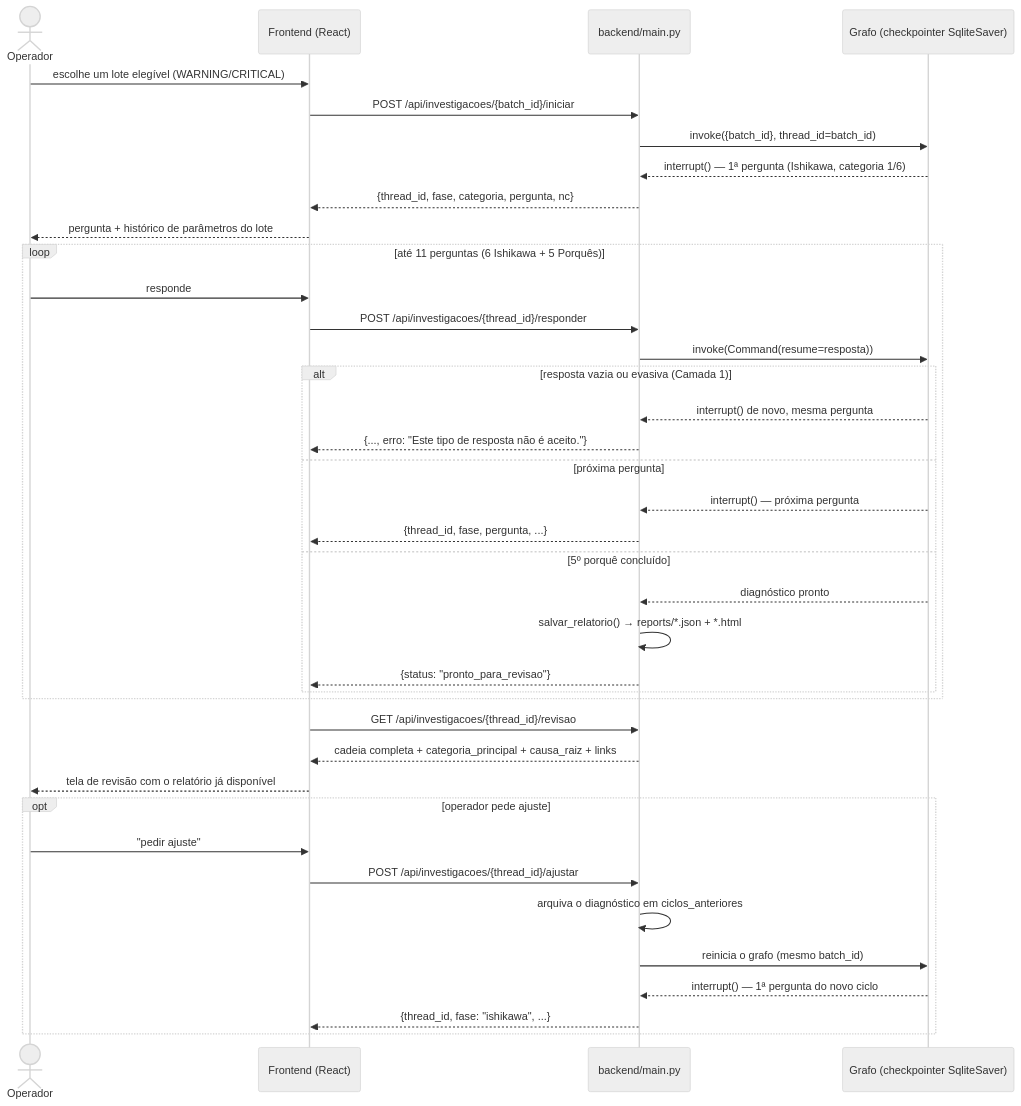
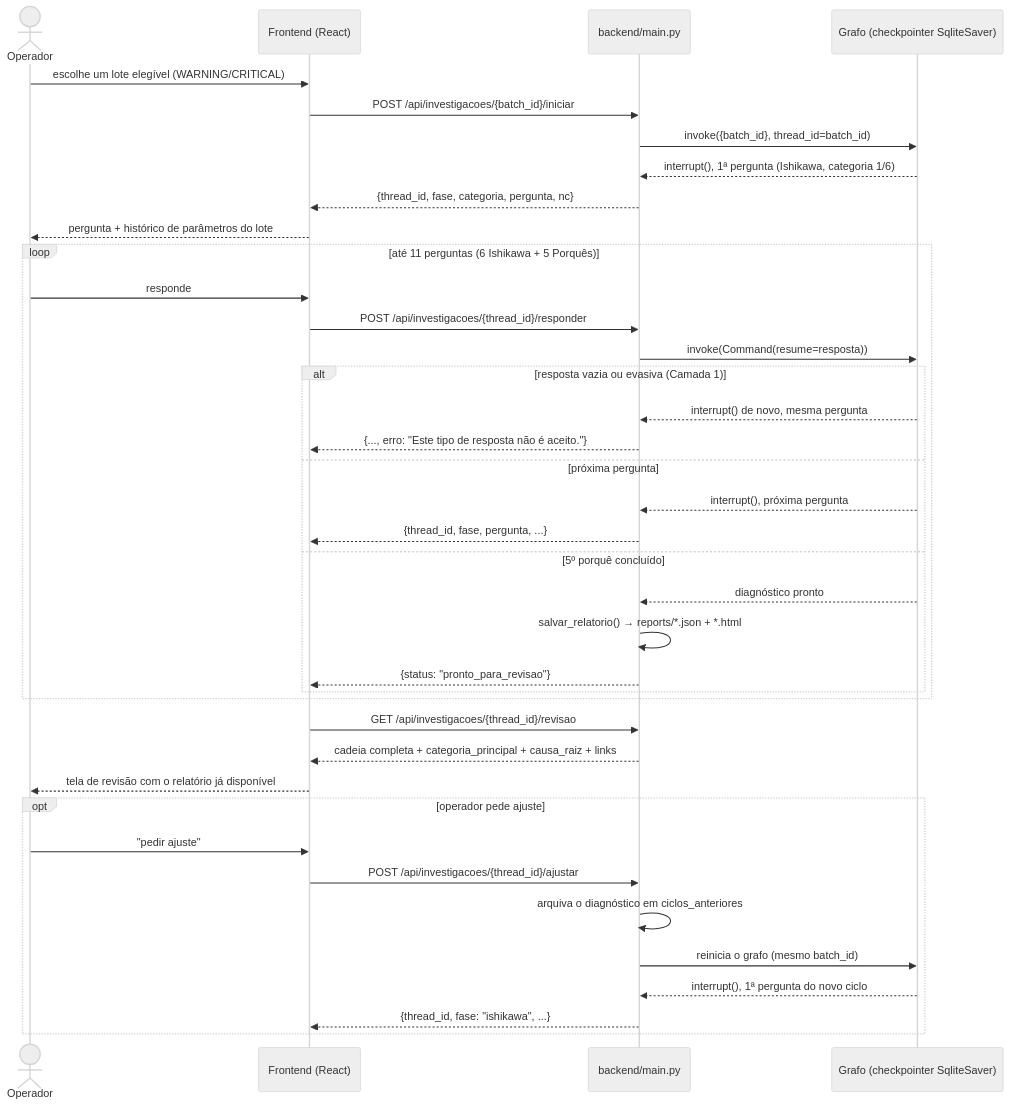
One commit to micheleoliveiracod/Root-Spector changed the second of 2 diagrams in docs/diagrama-fluxo.md. Above: the diagram before and after it, drawn with Mermaid (neutral theme). The commit also changed other lines of this file and 23 other files, not shown here.

````diff
--- a/docs/diagrama-fluxo.md
+++ b/docs/diagrama-fluxo.md
@@ -75,44 +75,44 @@
 ```mermaid
 sequenceDiagram
     actor Operador
     participant FE as Frontend (React)
     participant API as backend/main.py
     participant G as Grafo (checkpointer SqliteSaver)
 
     Operador->>FE: escolhe um lote elegível (WARNING/CRITICAL)
     FE->>API: POST /api/investigacoes/{batch_id}/iniciar
     API->>G: invoke({batch_id}, thread_id=batch_id)
-    G-->>API: interrupt() — 1ª pergunta (Ishikawa, categoria 1/6)
+    G-->>API: interrupt(), 1ª pergunta (Ishikawa, categoria 1/6)
     API-->>FE: {thread_id, fase, categoria, pergunta, nc}
     FE-->>Operador: pergunta + histórico de parâmetros do lote
 
     loop até 11 perguntas (6 Ishikawa + 5 Porquês)
         Operador->>FE: responde
         FE->>API: POST /api/investigacoes/{thread_id}/responder
         API->>G: invoke(Command(resume=resposta))
         alt resposta vazia ou evasiva (Camada 1)
             G-->>API: interrupt() de novo, mesma pergunta
             API-->>FE: {..., erro: "Este tipo de resposta não é aceito."}
         else próxima pergunta
-            G-->>API: interrupt() — próxima pergunta
+            G-->>API: interrupt(), próxima pergunta
             API-->>FE: {thread_id, fase, pergunta, ...}
         else 5º porquê concluído
             G-->>API: diagnóstico pronto
             API->>API: salvar_relatorio() → reports/*.json + *.html
             API-->>FE: {status: "pronto_para_revisao"}
         end
     end
 
     FE->>API: GET /api/investigacoes/{thread_id}/revisao
     API-->>FE: cadeia completa + categoria_principal + causa_raiz + links
     FE-->>Operador: tela de revisão com o relatório já disponível
 
     opt operador pede ajuste
         Operador->>FE: "pedir ajuste"
         FE->>API: POST /api/investigacoes/{thread_id}/ajustar
         API->>API: arquiva o diagnóstico em ciclos_anteriores
         API->>G: reinicia o grafo (mesmo batch_id)
-        G-->>API: interrupt() — 1ª pergunta do novo ciclo
+        G-->>API: interrupt(), 1ª pergunta do novo ciclo
         API-->>FE: {thread_id, fase: "ishikawa", ...}
     end
 ```
````
